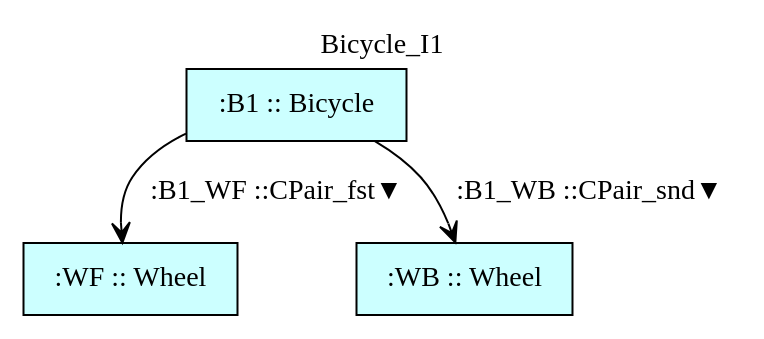
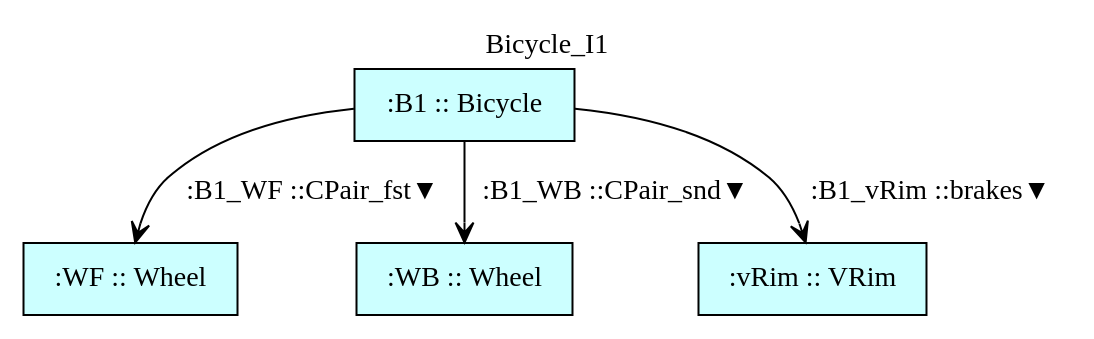
Before and after one commit to namalio/Fragmenta: the diagram in Haskell/FragmentaTests/VehicleParts/img/Bicycle_I1.gv, drawn with Graphviz. The commit also changed 81 other files, not shown here.

```diff
--- a/Haskell/FragmentaTests/VehicleParts/img/Bicycle_I1.gv
+++ b/Haskell/FragmentaTests/VehicleParts/img/Bicycle_I1.gv
@@ -1,8 +1,10 @@
 digraph {graph[label=Bicycle_I1,labelloc=tl,labelfontsize=12];
 "B1"[shape=box,fillcolor="#CCFFFF",style = filled,label=":B1 :: Bicycle"];
 "WF"[shape=box,fillcolor="#CCFFFF",style = filled,label=":WF :: Wheel"];
 "WB"[shape=box,fillcolor="#CCFFFF",style = filled,label=":WB :: Wheel"];
+"vRim"[shape=box,fillcolor="#CCFFFF",style = filled,label=":vRim :: VRim"];
 
 "B1"->"WF"[label=":B1_WF ::CPair_fst▼",arrowhead=vee];
 "B1"->"WB"[label=":B1_WB ::CPair_snd▼",arrowhead=vee];
+"B1"->"vRim"[label=":B1_vRim ::brakes▼",arrowhead=vee];
 }
```
